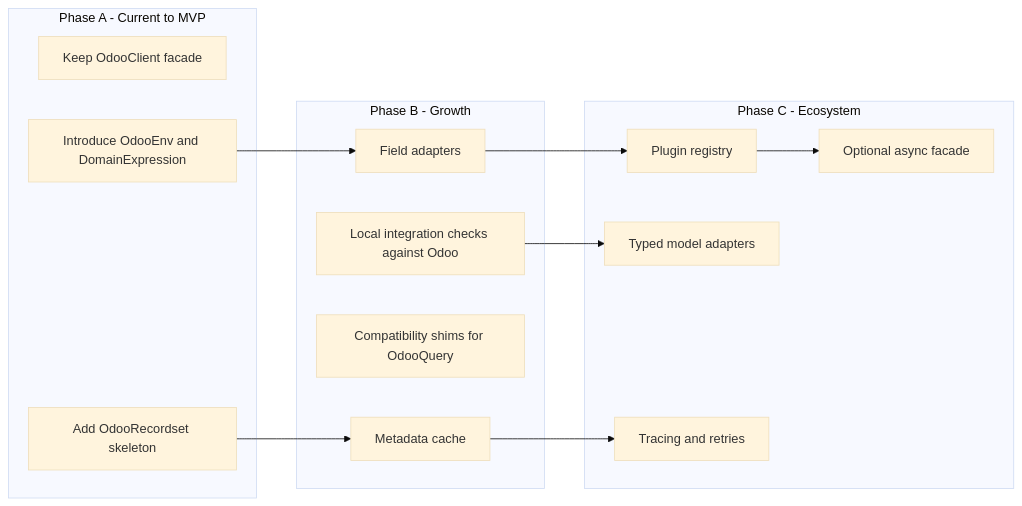
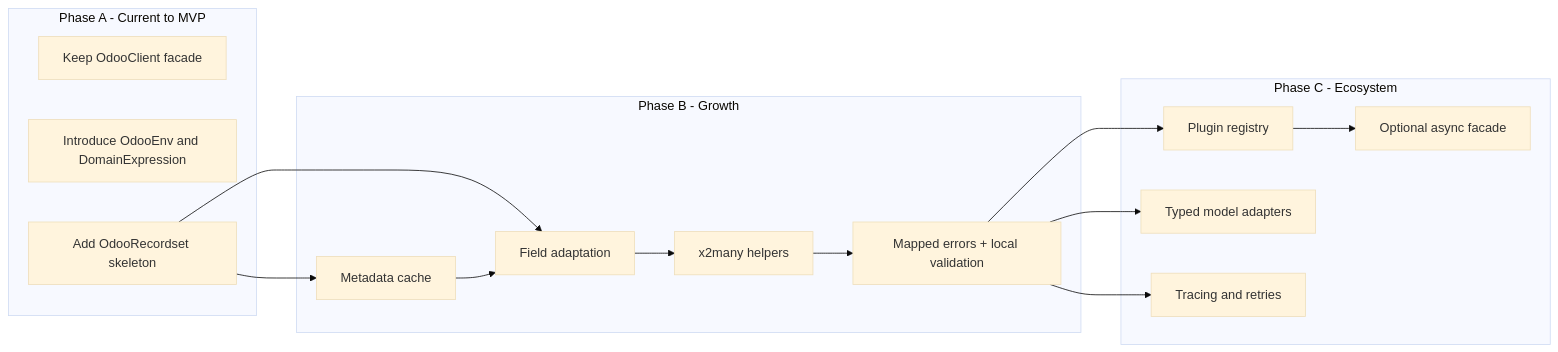
One commit to Crpaxton4/devcontainer-features changed the fifth of 6 diagrams in docs/odoo-sdk-architecture-plan.md. Above: the diagram before and after it, drawn with Mermaid (base theme). The commit also changed other lines of this file and 6 other files, not shown here.

````diff
--- a/docs/odoo-sdk-architecture-plan.md
+++ b/docs/odoo-sdk-architecture-plan.md
@@ -290,29 +298,32 @@
 ```mermaid
 graph LR
     subgraph A["Phase A - Current to MVP"]
         A1["Keep OdooClient facade"]
         A2["Introduce OdooEnv and DomainExpression"]
         A3["Add OdooRecordset skeleton"]
     end
 
     subgraph B["Phase B - Growth"]
         B1["Metadata cache"]
-        B2["Field adapters"]
-        B3["Compatibility shims for OdooQuery"]
-        B4["Local integration checks against Odoo"]
+        B2["Field adaptation"]
+        B3["x2many helpers"]
+        B4["Mapped errors + local validation"]
     end
 
     subgraph C["Phase C - Ecosystem"]
         C1["Plugin registry"]
         C2["Typed model adapters"]
         C3["Tracing and retries"]
         C4["Optional async facade"]
     end
 
     A3 --> B1
-    A2 --> B2
-    B2 --> C1
+    A3 --> B2
+    B1 --> B2
+    B2 --> B3
+    B3 --> B4
+    B4 --> C1
     B4 --> C2
-    B1 --> C3
+    B4 --> C3
     C1 --> C4
 ```
````
